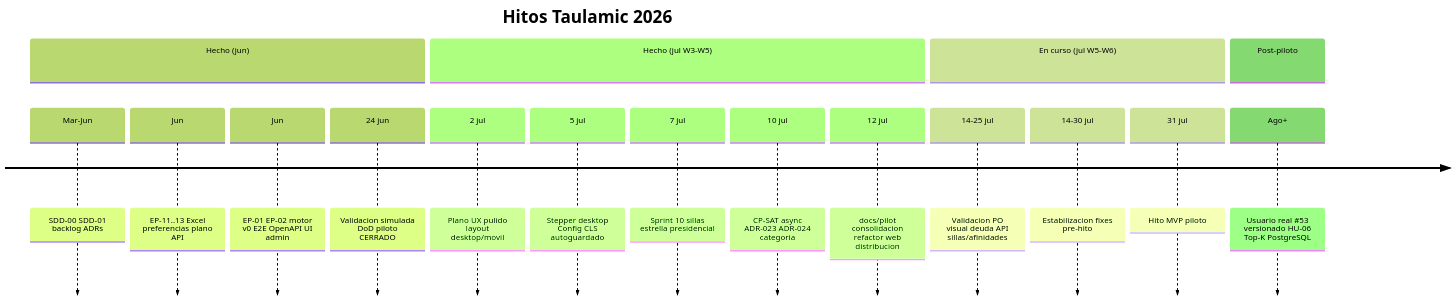
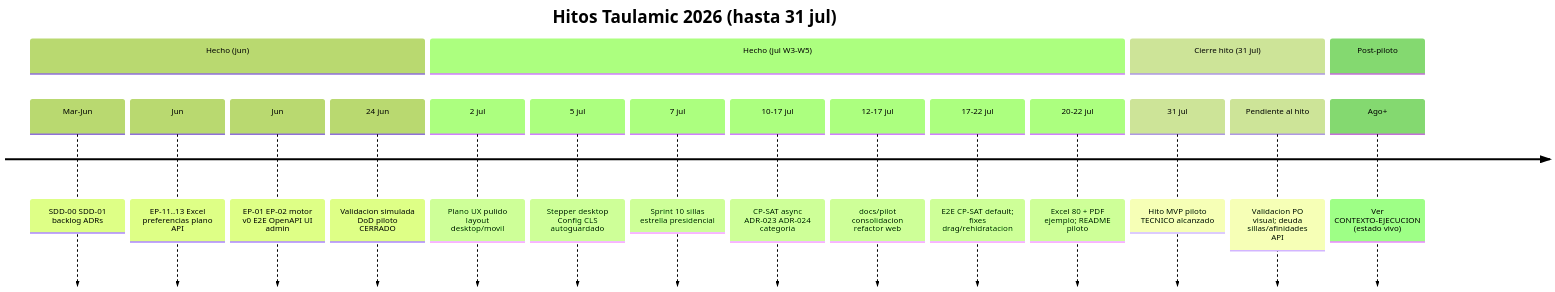
Before and after one commit to quintasc/taulamic: the second of 3 diagrams in docs/agile/roadmap-mvp-julio.md, drawn with Mermaid (forest theme). The commit also changed other lines of this file, not shown here.

First line of the commit message:
docs: actualiza roadmap MVP julio a snapshot 31 jul

````diff
--- a/docs/agile/roadmap-mvp-julio.md
+++ b/docs/agile/roadmap-mvp-julio.md
@@ -103,21 +110,22 @@
 ```mermaid
 timeline
-    title Hitos Taulamic 2026
+    title Hitos Taulamic 2026 (hasta 31 jul)
     section Hecho (jun)
         Mar-Jun : SDD-00 SDD-01 backlog ADRs
         Jun : EP-11..13 Excel preferencias plano API
         Jun : EP-01 EP-02 motor v0 E2E OpenAPI UI admin
         24 jun : Validacion simulada DoD piloto CERRADO
     section Hecho (jul W3-W5)
         2 jul : Plano UX pulido layout desktop/movil
         5 jul : Stepper desktop Config CLS autoguardado
         7 jul : Sprint 10 sillas estrella presidencial
-        10 jul : CP-SAT async ADR-023 ADR-024 categoria
-        12 jul : docs/pilot consolidacion refactor web distribucion
-    section En curso (jul W5-W6)
-        14-25 jul : Validacion PO visual deuda API sillas/afinidades
-        14-30 jul : Estabilizacion fixes pre-hito
-        31 jul : Hito MVP piloto
+        10-17 jul : CP-SAT async ADR-023 ADR-024 categoria
+        12-17 jul : docs/pilot consolidacion refactor web
+        17-22 jul : E2E CP-SAT default; fixes drag/rehidratacion
+        20-22 jul : Excel 80 + PDF ejemplo; README piloto
+    section Cierre hito (31 jul)
+        31 jul : Hito MVP piloto TECNICO alcanzado
+        Pendiente al hito : Validacion PO visual; deuda sillas/afinidades API
     section Post-piloto
-        Ago+ : Usuario real #53 versionado HU-06 Top-K PostgreSQL
+        Ago+ : Ver CONTEXTO-EJECUCION (estado vivo)
 ```
````
